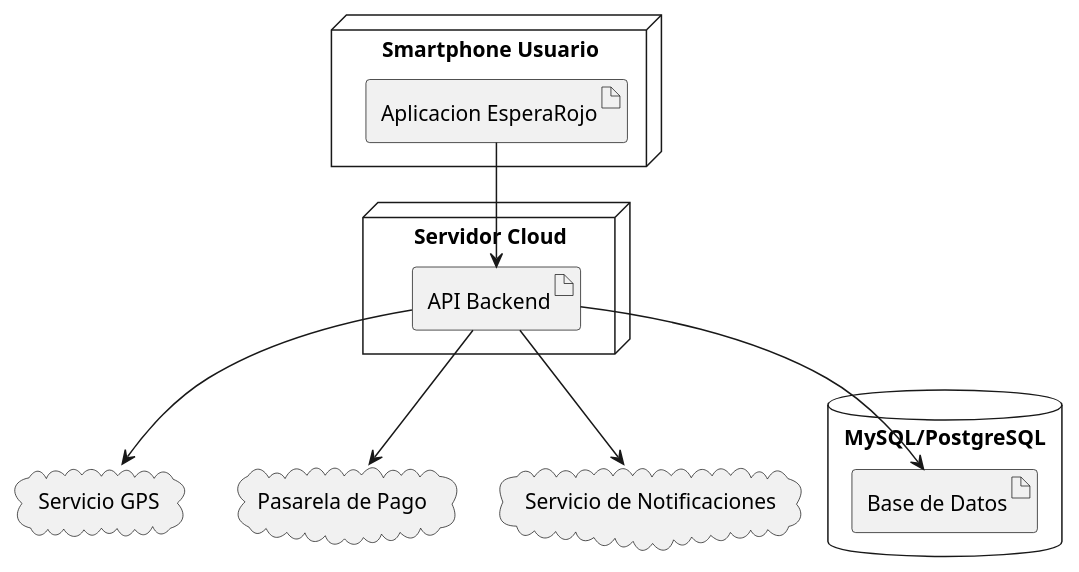
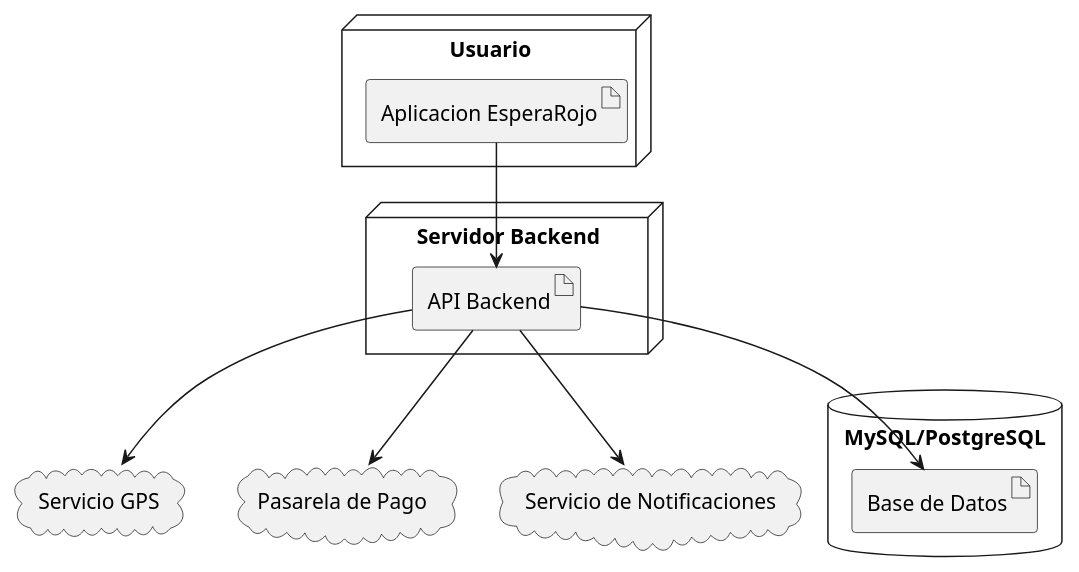
Before and after one commit to AndreCabrejos/diagramas-uml: the diagram in diagrma de despliegue.puml, drawn with PlantUML. The commit also changed 4 other files, not shown here.

```diff
--- a/diagrma de despliegue.puml
+++ b/diagrma de despliegue.puml
@@ -1,31 +1,31 @@
 @startuml
 
-node "Smartphone Usuario" {
+node "Usuario" {
   artifact "Aplicacion EsperaRojo"
 }
 
-node "Servidor Cloud" {
+node "Servidor Backend" {
   artifact "API Backend"
 }
 
 database "MySQL/PostgreSQL" {
   artifact "Base de Datos"
 }
 
 cloud "Servicio GPS"
 
 cloud "Pasarela de Pago"
 
 cloud "Servicio de Notificaciones"
 
 "Aplicacion EsperaRojo" --> "API Backend"
 
 "API Backend" --> "Base de Datos"
 
 "API Backend" --> "Servicio GPS"
 
 "API Backend" --> "Pasarela de Pago"
 
 "API Backend" --> "Servicio de Notificaciones"
 
 @enduml
```
